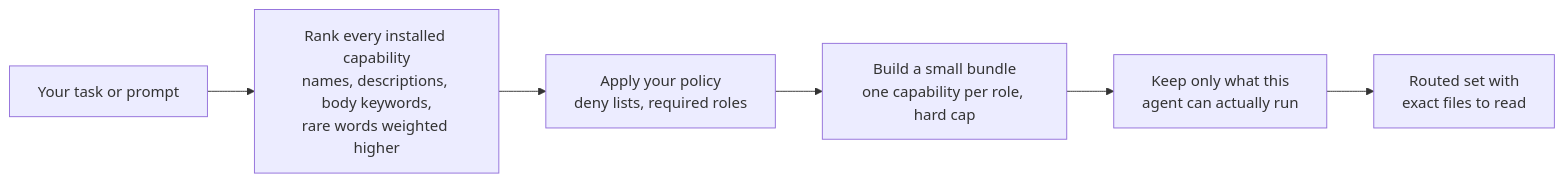
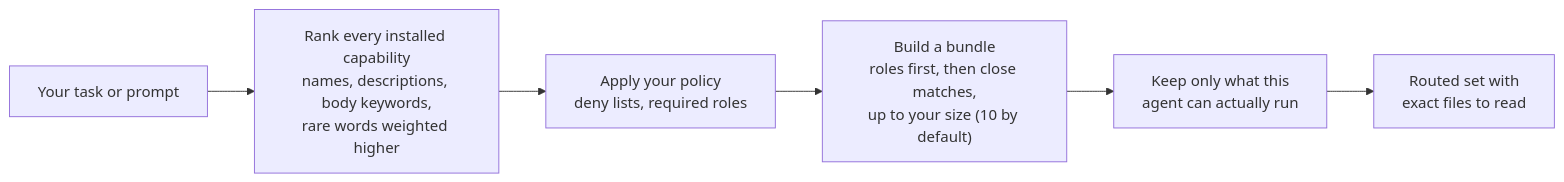
The diagram in README.md (Hannay001/lockkeeper), drawn with Mermaid before and after one commit. The commit also changed other lines of this file and 13 other files, not shown here.

````diff
--- a/README.md
+++ b/README.md
@@ -164,8 +164,8 @@
 ```mermaid
 flowchart LR
     T["Your task or prompt"] --> S["Rank every installed capability<br/>names, descriptions, body keywords,<br/>rare words weighted higher"]
     S --> P["Apply your policy<br/>deny lists, required roles"]
-    P --> B["Build a small bundle<br/>one capability per role, hard cap"]
+    P --> B["Build a bundle<br/>roles first, then close matches,<br/>up to your size (10 by default)"]
     B --> F["Keep only what this<br/>agent can actually run"]
     F --> R["Routed set with<br/>exact files to read"]
 ```
````
